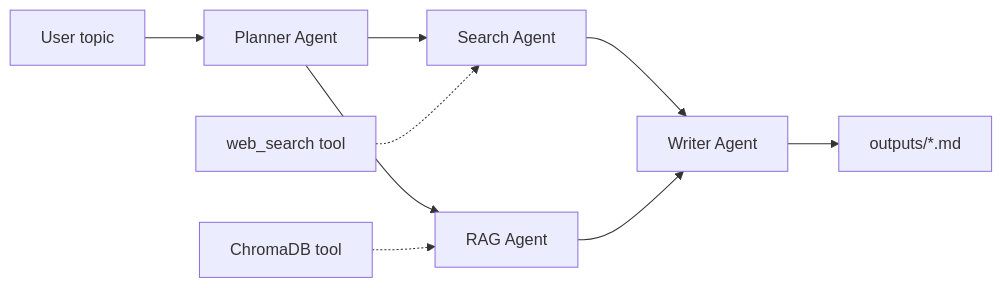
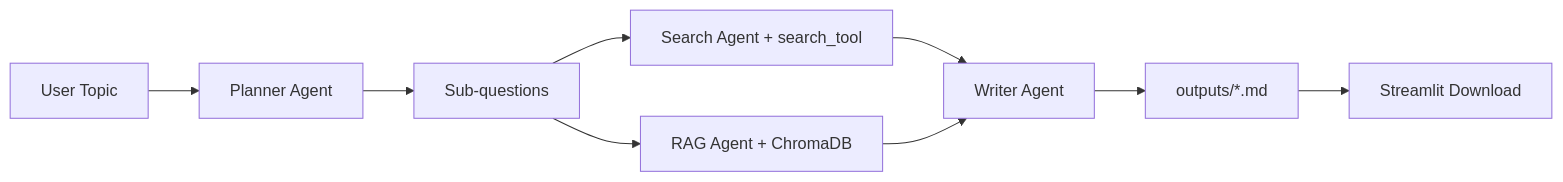
One commit to diaboliquepapillon/research-pipeline changed the diagram in README.md. Above: the diagram before and after it, drawn with Mermaid. The commit also changed other lines of this file and 17 other files, not shown here.

First line of the commit message:
Multi-agent research pipeline: planner, search, RAG, writer, Streamlit UI

````diff
--- a/README.md
+++ b/README.md
@@ -16,11 +22,11 @@
 ```mermaid
 flowchart LR
-  U[User topic] --> P[Planner Agent]
-  P --> S[Search Agent]
-  P --> R[RAG Agent]
-  S --> W[Writer Agent]
-  R --> W
-  W --> O[outputs/*.md]
-  T1[web_search tool] -.-> S
-  T2[ChromaDB tool] -.-> R
+    U[User Topic] --> P[Planner Agent]
+    P --> SQ[Sub-questions]
+    SQ --> S[Search Agent + search_tool]
+    SQ --> R[RAG Agent + ChromaDB]
+    S --> W[Writer Agent]
+    R --> W
+    W --> O[outputs/*.md]
+    O --> UI[Streamlit Download]
 ```
````
